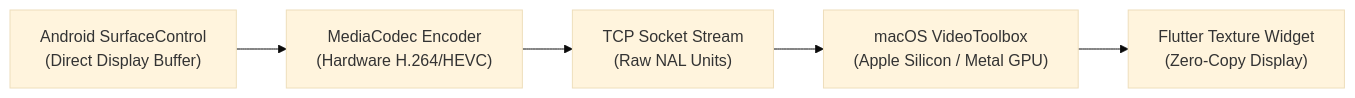
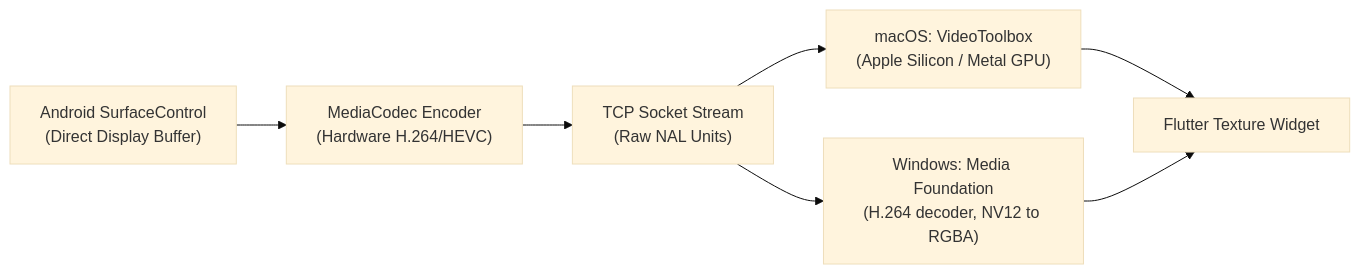
The diagram in docs/features/wireless-display-streaming.md (az-coder-123/azdroid), drawn with Mermaid (base theme) before and after one commit. The commit also changed other lines of this file and 26 other files, not shown here.

First line of the commit message:
docs: document macOS and Windows support

````diff
--- a/docs/features/wireless-display-streaming.md
+++ b/docs/features/wireless-display-streaming.md
@@ -13,7 +14,9 @@
 ```mermaid
 flowchart LR
     Android["Android SurfaceControl\n(Direct Display Buffer)"] --> MediaCodec["MediaCodec Encoder\n(Hardware H.264/HEVC)"]
     MediaCodec --> Socket["TCP Socket Stream\n(Raw NAL Units)"]
-    Socket --> VideoToolbox["macOS VideoToolbox\n(Apple Silicon / Metal GPU)"]
-    VideoToolbox --> Texture["Flutter Texture Widget\n(Zero-Copy Display)"]
+    Socket --> VideoToolbox["macOS: VideoToolbox\n(Apple Silicon / Metal GPU)"]
+    Socket --> MediaFoundation["Windows: Media Foundation\n(H.264 decoder, NV12 to RGBA)"]
+    VideoToolbox --> Texture["Flutter Texture Widget"]
+    MediaFoundation --> Texture
 ```
````
